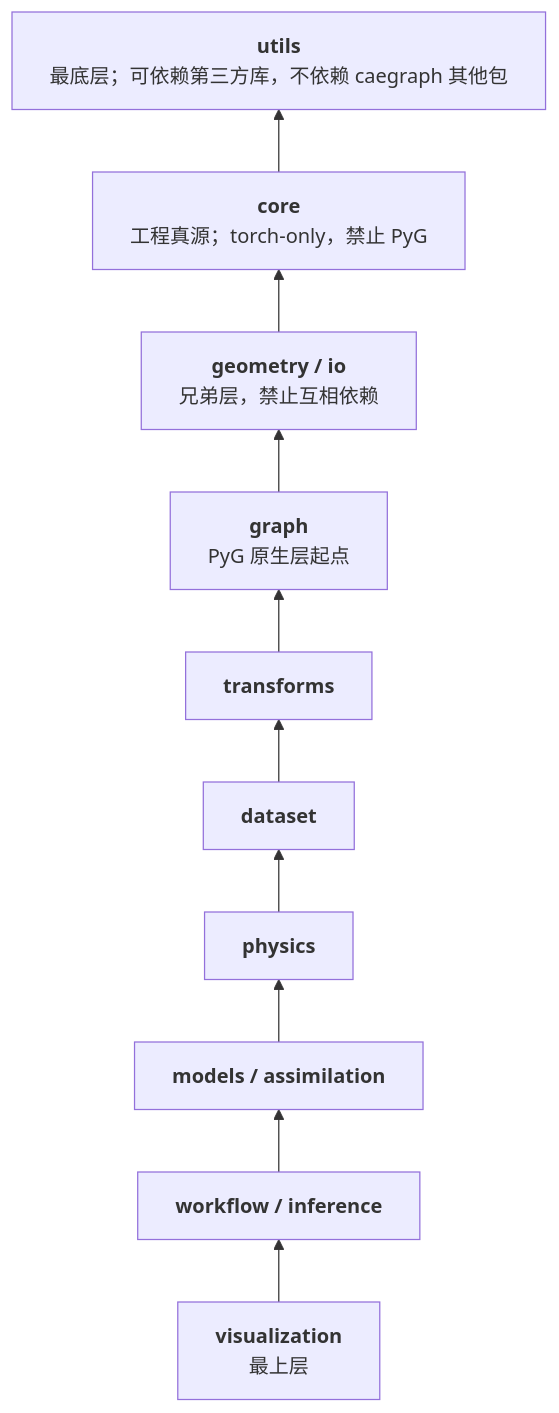
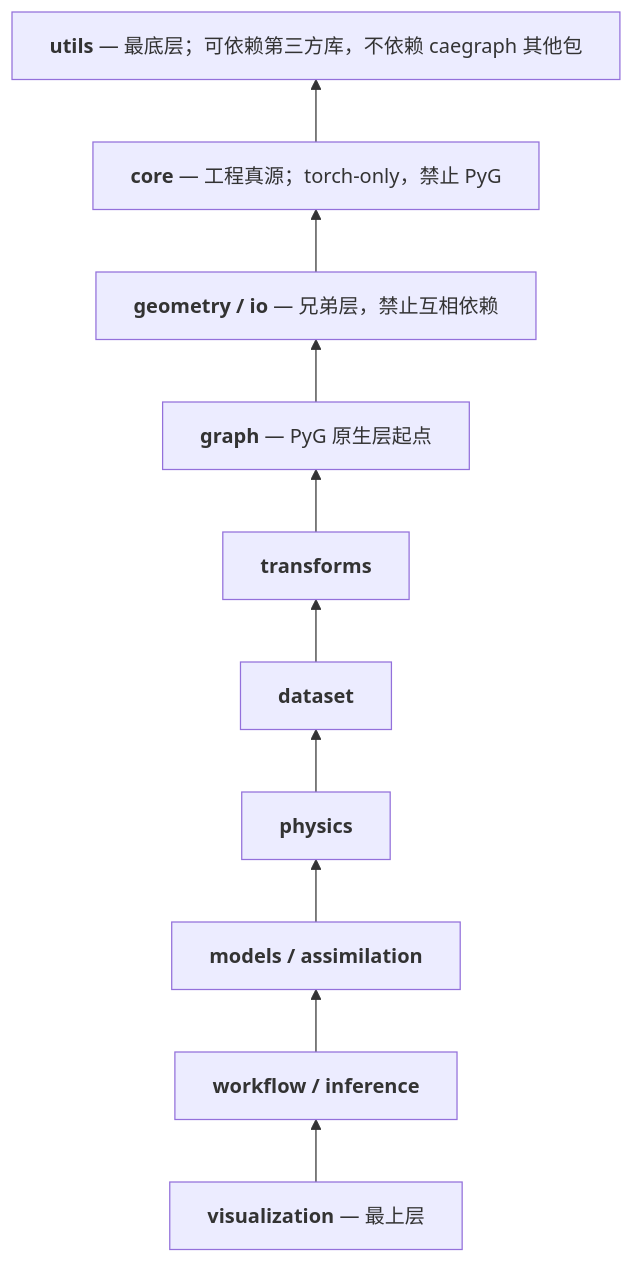
One commit to XYChouMian/caegraph changed the second of 2 diagrams in .agent/skills/architecture/SKILL.md. Above: the diagram before and after it, drawn with Mermaid. The commit also changed other lines of this file and 7 other files, not shown here.

Commit message:
docs(mermaid): compact vertical flow labels

````diff
--- a/.agent/skills/architecture/SKILL.md
+++ b/.agent/skills/architecture/SKILL.md
@@ -27,19 +27,19 @@
 ```mermaid
 flowchart BT
     classDef nowrap white-space:nowrap
 
-    A["<b>utils</b><br>最底层；可依赖第三方库，不依赖 caegraph 其他包"]
-    B["<b>core</b><br>工程真源；torch-only，禁止 PyG"]
-    C["<b>geometry / io</b><br>兄弟层，禁止互相依赖"]
-    D["<b>graph</b><br>PyG 原生层起点"]
+    A["<b>utils</b> — 最底层；可依赖第三方库，不依赖 caegraph 其他包"]
+    B["<b>core</b> — 工程真源；torch-only，禁止 PyG"]
+    C["<b>geometry / io</b> — 兄弟层，禁止互相依赖"]
+    D["<b>graph</b> — PyG 原生层起点"]
     E["<b>transforms</b>"]
     F["<b>dataset</b>"]
     G["<b>physics</b>"]
     H["<b>models / assimilation</b>"]
     I["<b>workflow / inference</b>"]
-    J["<b>visualization</b><br>最上层"]
+    J["<b>visualization</b> — 最上层"]
 
     J --> I --> H --> G --> F --> E --> D --> C --> B --> A
 
     class A,B,C,D,E,F,G,H,I,J nowrap
 ```
````
